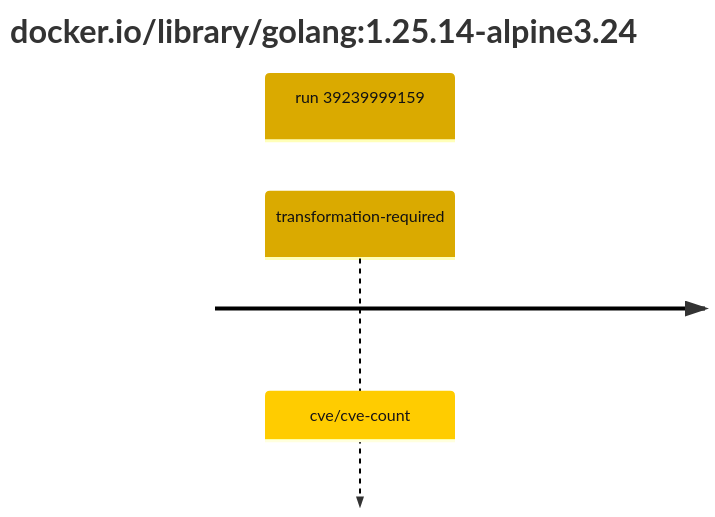
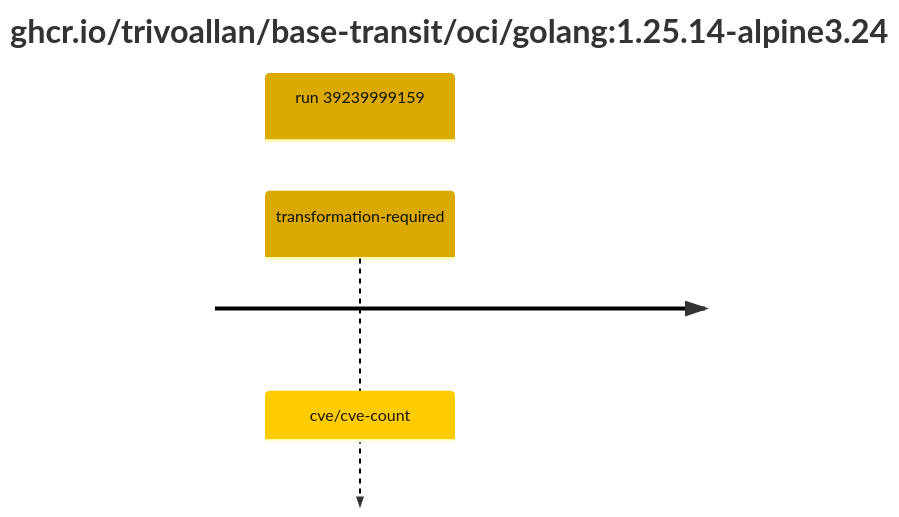
Before and after one commit to trivoallan/base-images: the second of 2 diagrams in results/reports/golang-1/sha256:1ae0735f00daffa3aaf1363a5184c0d2dc55c78e3db4ec70241cdac97bf84b59/39239999159-1.md, drawn with Mermaid. The commit also changed other lines of this file and 12 other files, not shown here.

````diff
--- a/results/reports/golang-1/sha256:1ae0735f00daffa3aaf1363a5184c0d2dc55c78e3db4ec70241cdac97bf84b59/39239999159-1.md
+++ b/results/reports/golang-1/sha256:1ae0735f00daffa3aaf1363a5184c0d2dc55c78e3db4ec70241cdac97bf84b59/39239999159-1.md
@@ -5,7 +24,7 @@
 ```mermaid
 %%{init: {"theme": "default", "themeVariables": {"cScale0": "#daaa00", "cScaleLabel0": "#121212"}}}%%
 timeline
-    title docker.io/library/golang#58;1.25.14-alpine3.24
+    title ghcr.io/trivoallan/base-transit/oci/golang#58;1.25.14-alpine3.24
     section run 39239999159
         transformation-required : cve/cve-count
 ```
````
